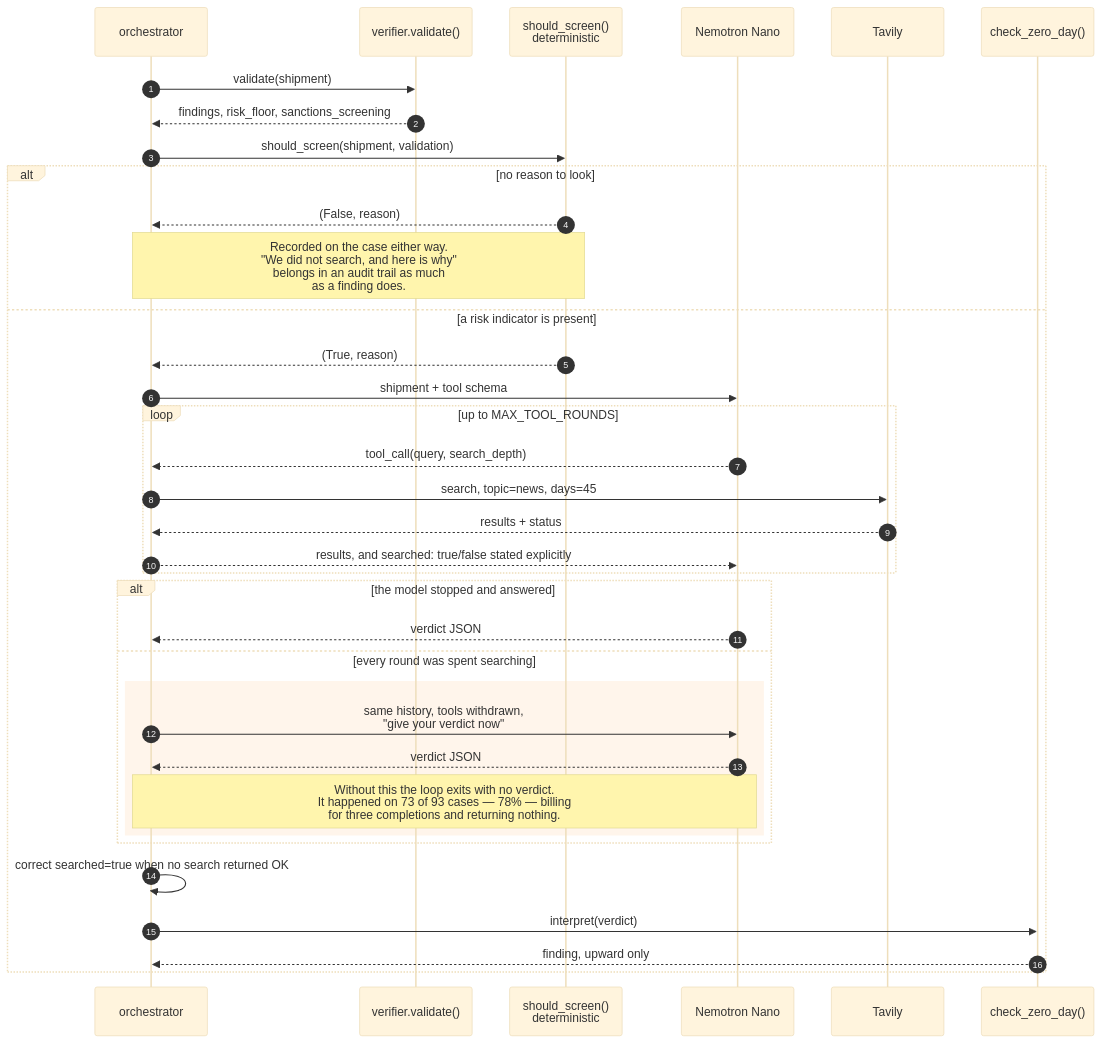
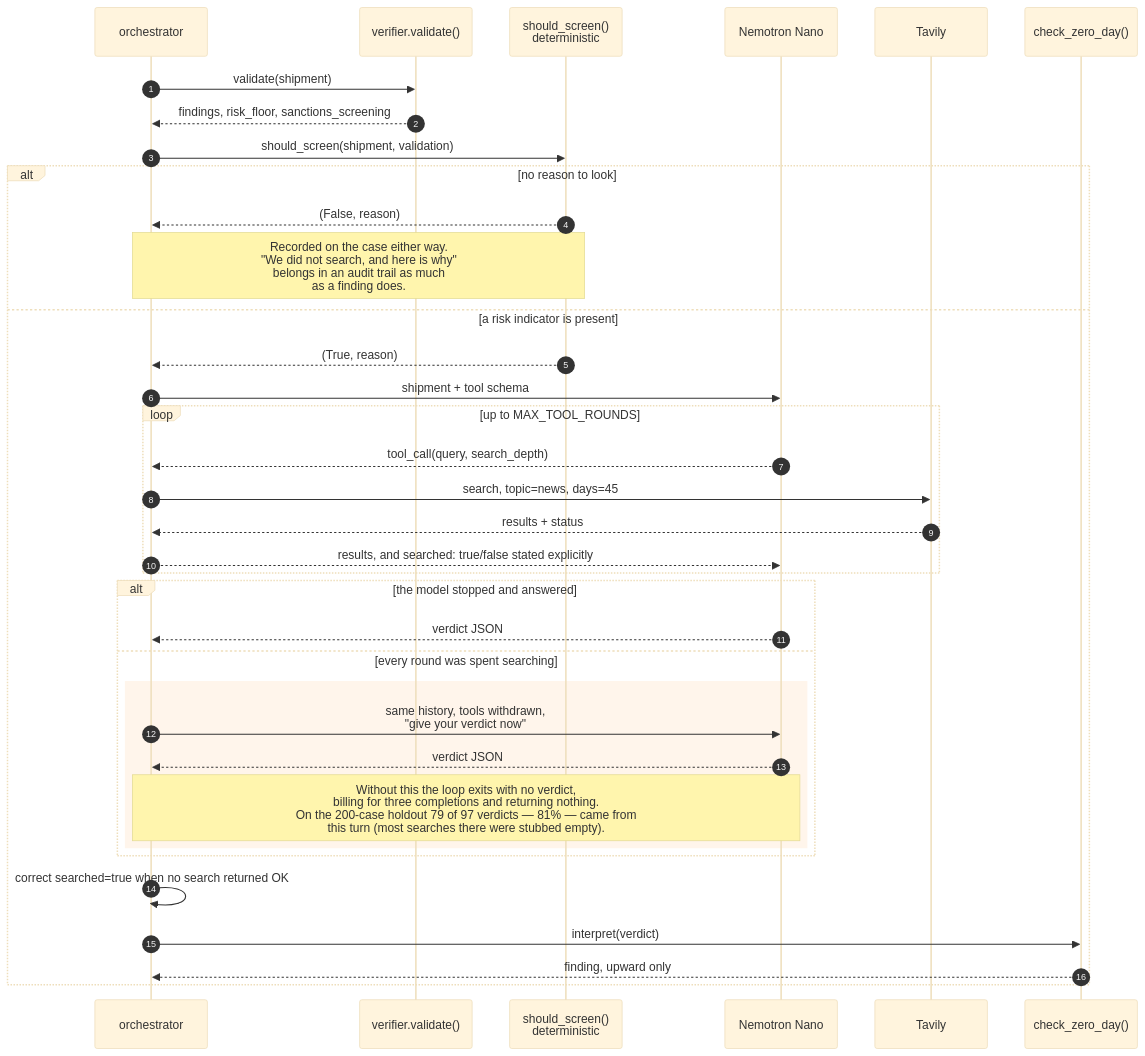
One commit to hoachauphuoc/vf-logistics-nebius-nvidia changed the first of 4 diagrams in docs/diagrams/flow-2-zero-day-radar.md. Above: the diagram before and after it, drawn with Mermaid (base theme). The commit also changed other lines of this file and 10 other files, not shown here.

````diff
--- a/docs/diagrams/flow-2-zero-day-radar.md
+++ b/docs/diagrams/flow-2-zero-day-radar.md
@@ -10,44 +10,44 @@
 ```mermaid
 sequenceDiagram
     autonumber
     participant ORC as orchestrator
     participant VER as verifier.validate()
     participant GATE as should_screen()<br/>deterministic
     participant NANO as Nemotron Nano
     participant TAV as Tavily
     participant CHK as check_zero_day()
 
     ORC->>VER: validate(shipment)
     VER-->>ORC: findings, risk_floor, sanctions_screening
 
     ORC->>GATE: should_screen(shipment, validation)
 
     alt no reason to look
         GATE-->>ORC: (False, reason)
         Note over ORC,GATE: Recorded on the case either way.<br/>"We did not search, and here is why"<br/>belongs in an audit trail as much<br/>as a finding does.
     else a risk indicator is present
         GATE-->>ORC: (True, reason)
         ORC->>NANO: shipment + tool schema
 
         loop up to MAX_TOOL_ROUNDS
             NANO-->>ORC: tool_call(query, search_depth)
             ORC->>TAV: search, topic=news, days=45
             TAV-->>ORC: results + status
             ORC-->>NANO: results, and searched: true/false stated explicitly
         end
 
         alt the model stopped and answered
             NANO-->>ORC: verdict JSON
         else every round was spent searching
             rect rgb(255, 245, 235)
                 ORC->>NANO: same history, tools withdrawn,<br/>"give your verdict now"
                 NANO-->>ORC: verdict JSON
-                Note over ORC,NANO: Without this the loop exits with no verdict.<br/>It happened on 73 of 93 cases — 78% — billing<br/>for three completions and returning nothing.
+                Note over ORC,NANO: Without this the loop exits with no verdict,<br/>billing for three completions and returning nothing.<br/>On the 200-case holdout 79 of 97 verdicts — 81% — came from<br/>this turn (most searches there were stubbed empty).
             end
         end
 
         ORC->>ORC: correct searched=true when no search returned OK
         ORC->>CHK: interpret(verdict)
         CHK-->>ORC: finding, upward only
     end
 ```
````
